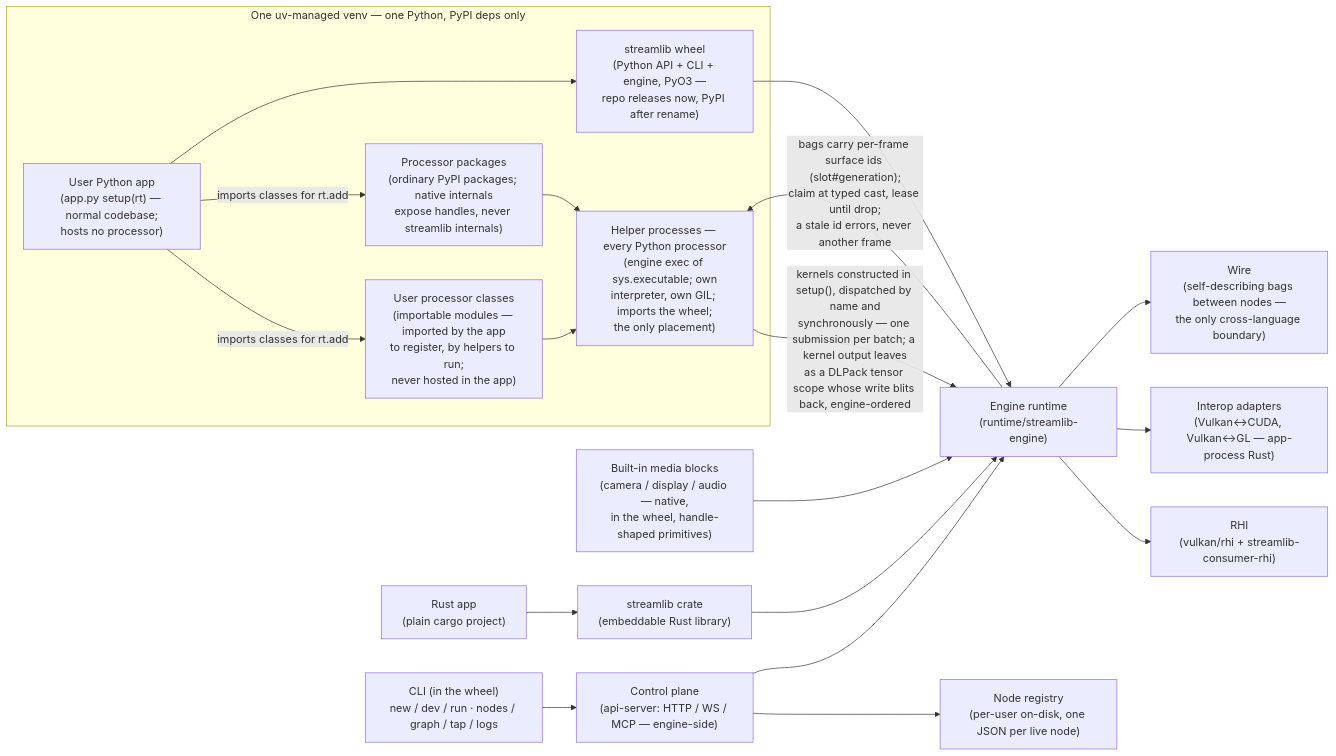
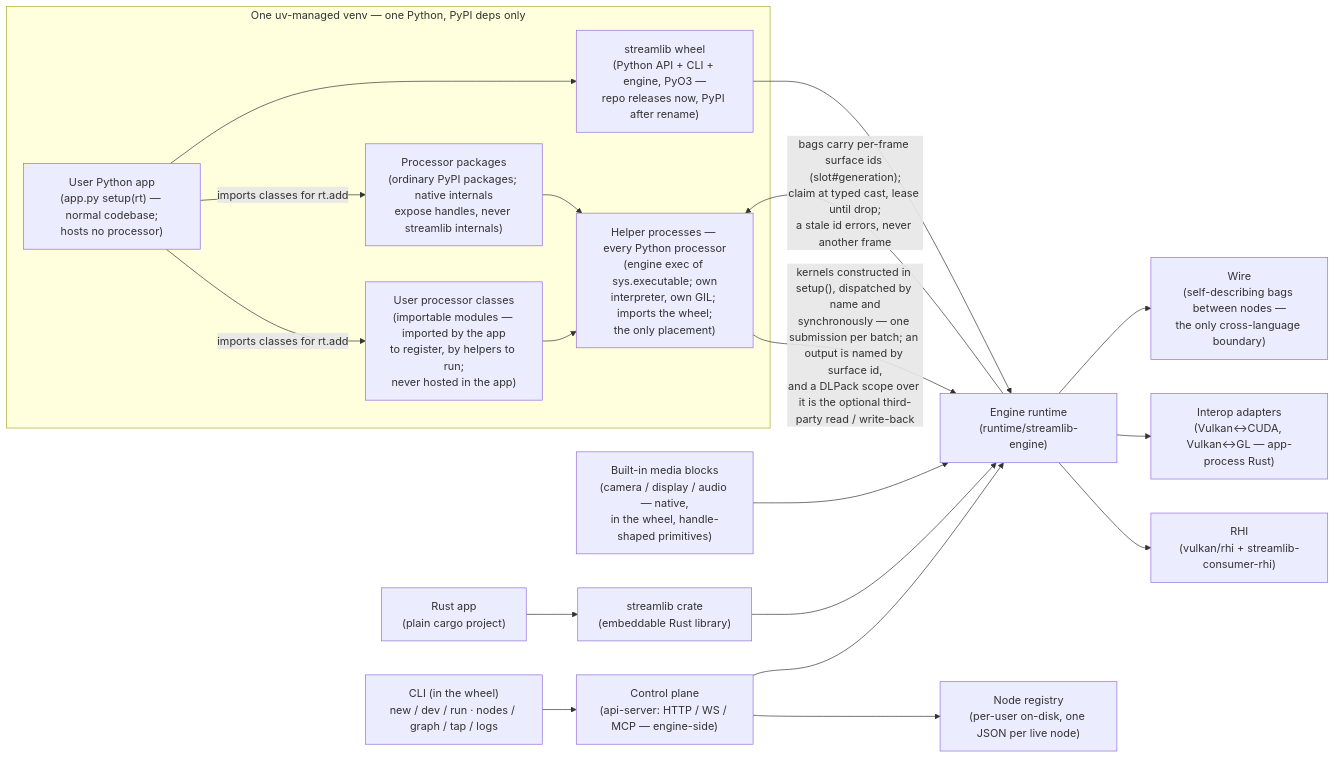
Before and after one commit to tatolab/streamlib: the diagram in docs/plan/diagrams/system.mmd, drawn with Mermaid. The commit also changed 1 other file, not shown here.

Commit message:
docs(plan): tighten the folded importability, write-back and diagram wording
Three review findings on the fold, each verified against the tree before
acting:

- The importability summary dropped two conditions the derivation actually
  applies (`derive_texture_cross_process_importability`,
  subprocess_escalate.rs:3990-4017): DMA-BUF needs a single-plane format as
  well as a probed modifier, and OPAQUE_FD needs the image pool present. As
  written the plan overstated when an acquisition is importable. The
  fallback-not-failure rule the function documents is stated too.
- The write-back precondition named its subject by pronoun. It now names
  the refused operation directly.
- The diagram label collapsed two distinct things. A kernel output is named
  by surface id in a downstream bag; the DLPack scope over it is the
  optional third-party read / write-back, not how every output leaves.

```diff
--- a/docs/plan/diagrams/system.mmd
+++ b/docs/plan/diagrams/system.mmd
@@ -1,42 +1,42 @@
 flowchart LR
   subgraph env["One uv-managed venv — one Python, PyPI deps only"]
     app["User Python app\n(app.py setup(rt) — normal codebase;\nhosts no processor)"]
     procs["User processor classes\n(importable modules — imported by the app\nto register, by helpers to run;\nnever hosted in the app)"]
     pkgs["Processor packages\n(ordinary PyPI packages; native internals\nexpose handles, never streamlib internals)"]
     wheel["streamlib wheel\n(Python API + CLI + engine, PyO3 —\nrepo releases now, PyPI after rename)"]
     helper["Helper processes — every Python processor\n(engine exec of sys.executable; own\ninterpreter, own GIL; imports the wheel;\nthe only placement)"]
   end
 
   rustapp["Rust app\n(plain cargo project)"]
   crate["streamlib crate\n(embeddable Rust library)"]
   engine["Engine runtime\n(runtime/streamlib-engine)"]
   media["Built-in media blocks\n(camera / display / audio — native,\nin the wheel, handle-shaped primitives)"]
   rhi["RHI\n(vulkan/rhi + streamlib-consumer-rhi)"]
   interop["Interop adapters\n(Vulkan↔CUDA, Vulkan↔GL — app-process Rust)"]
   ctl["Control plane\n(api-server: HTTP / WS / MCP — engine-side)"]
   cli["CLI (in the wheel)\nnew / dev / run · nodes / graph / tap / logs"]
   wire["Wire\n(self-describing bags between nodes —\nthe only cross-language boundary)"]
 
   registry["Node registry\n(per-user on-disk, one JSON per live node)"]
 
   app -->|imports classes for rt.add| procs
   app -->|imports classes for rt.add| pkgs
   procs --> helper
   pkgs --> helper
   app --> wheel
   wheel --> engine
   engine -->|"bags carry per-frame surface ids (slot#generation);
 claim at typed cast, lease until drop;
 a stale id errors, never another frame"| helper
   helper -->|"kernels constructed in setup(), dispatched by name and
-synchronously — one submission per batch; a kernel output leaves
-as a DLPack tensor scope whose write blits back, engine-ordered"| engine
+synchronously — one submission per batch; an output is named by surface id,
+and a DLPack scope over it is the optional third-party read / write-back"| engine
   ctl --> registry
   rustapp --> crate
   crate --> engine
   media --> engine
   engine --> rhi
   engine --> interop
   ctl --> engine
   cli --> ctl
   engine --> wire
```
